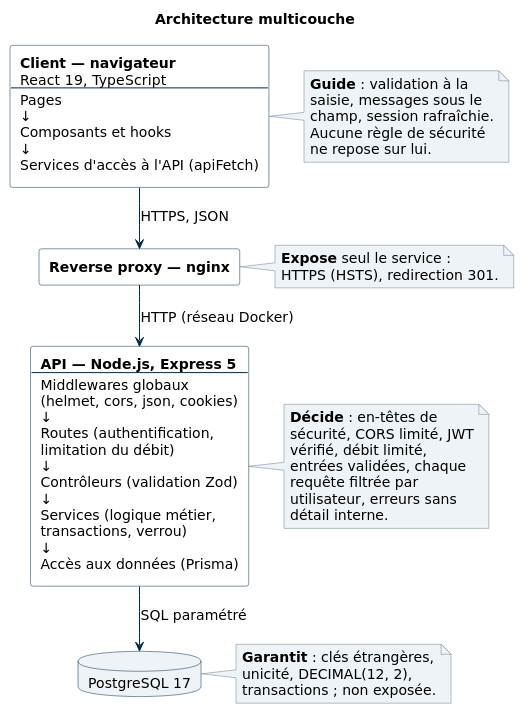
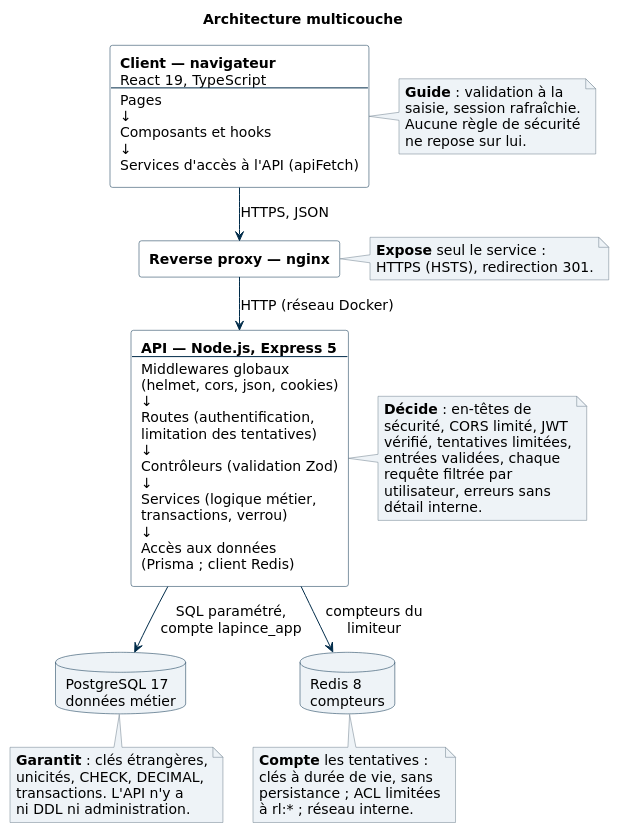
The diagram in docs/diagrammes/architecture.puml (MehdiCherki/Lapince), drawn with PlantUML before and after one commit. The commit also changed 2 other files, not shown here.

Commit message:
docs(diagrams): add Redis and the database account to the architecture diagram
The 0.9.1 diagram had no Redis and still showed DECIMAL(12, 2).
Redis (rate limiter counters, ACL limited to rl:*, internal network,
no persistence) now sits next to PostgreSQL; the API reaches the
database as lapince_app, without DDL or admin rights. Layout kept
within one A4 page (13.5 cm wide, 8.7 pt text).

```diff
--- a/docs/diagrammes/architecture.puml
+++ b/docs/diagrammes/architecture.puml
@@ -1,92 +1,103 @@
 @startuml architecture
-' Architecture logicielle multicouche de La Pince (0.9.1), avec la défense propre à chaque couche.
-' Format A4 : 4 étages, couches internes listées dans chaque étage (texte lisible une fois réduit à 16 cm).
+' Architecture logicielle multicouche de La Pince (0.9.7), avec la défense propre à chaque couche.
+' Format A4 : 3 étages, puis les deux stockages côte à côte ; texte lisible une fois réduit à 16 cm.
 
 skinparam defaultFontName "DejaVu Sans"
 skinparam defaultFontSize 14
 skinparam shadowing false
-skinparam ranksep 40
+skinparam ranksep 32
+skinparam nodesep 30
 skinparam rectangle {
   BackgroundColor #FFFFFF
   BorderColor #002B49
 }
 skinparam database {
   BackgroundColor #EEF3F7
   BorderColor #002B49
 }
 skinparam note {
   BackgroundColor #EEF3F7
   BorderColor #6B7C8A
 }
 skinparam ArrowColor #002B49
 
 title Architecture multicouche
 
 rectangle client [
 **Client — navigateur**
 React 19, TypeScript
 ----
 Pages
 ↓
 Composants et hooks
 ↓
 Services d'accès à l'API (apiFetch)
 ]
 
 rectangle proxy [
 **Reverse proxy — nginx**
 ]
 
 rectangle api [
 **API — Node.js, Express 5**
 ----
 Middlewares globaux
 (helmet, cors, json, cookies)
 ↓
 Routes (authentification,
-limitation du débit)
+limitation des tentatives)
 ↓
 Contrôleurs (validation Zod)
 ↓
 Services (logique métier,
 transactions, verrou)
 ↓
-Accès aux données (Prisma)
+Accès aux données
+(Prisma ; client Redis)
 ]
 
-database "PostgreSQL 17" as db
+database "PostgreSQL 17\ndonnées métier" as db
+database "Redis 8\ncompteurs" as redis
 
 client -down-> proxy : HTTPS, JSON
 proxy -down-> api : HTTP (réseau Docker)
-api -down-> db : SQL paramétré
+api -down-> db : SQL paramétré,\ncompte lapince_app
+api -down-> redis : compteurs du\nlimiteur
 
 note right of client
   **Guide** : validation à la
-  saisie, messages sous le
-  champ, session rafraîchie.
+  saisie, session rafraîchie.
   Aucune règle de sécurité
   ne repose sur lui.
 end note
 
 note right of proxy
   **Expose** seul le service :
   HTTPS (HSTS), redirection 301.
 end note
 
 note right of api
   **Décide** : en-têtes de
   sécurité, CORS limité, JWT
-  vérifié, débit limité,
+  vérifié, tentatives limitées,
   entrées validées, chaque
   requête filtrée par
   utilisateur, erreurs sans
   détail interne.
 end note
 
-note right of db
+note bottom of db
   **Garantit** : clés étrangères,
-  unicité, DECIMAL(12, 2),
-  transactions ; non exposée.
+  unicités, CHECK, DECIMAL,
+  transactions. L'API n'y a
+  ni DDL ni administration.
+end note
+
+note bottom of redis
+  **Compte** les tentatives :
+  clés à durée de vie, sans
+  persistance ; ACL limitées
+  à rl:* ; réseau interne.
 end note
 
 @enduml
```
